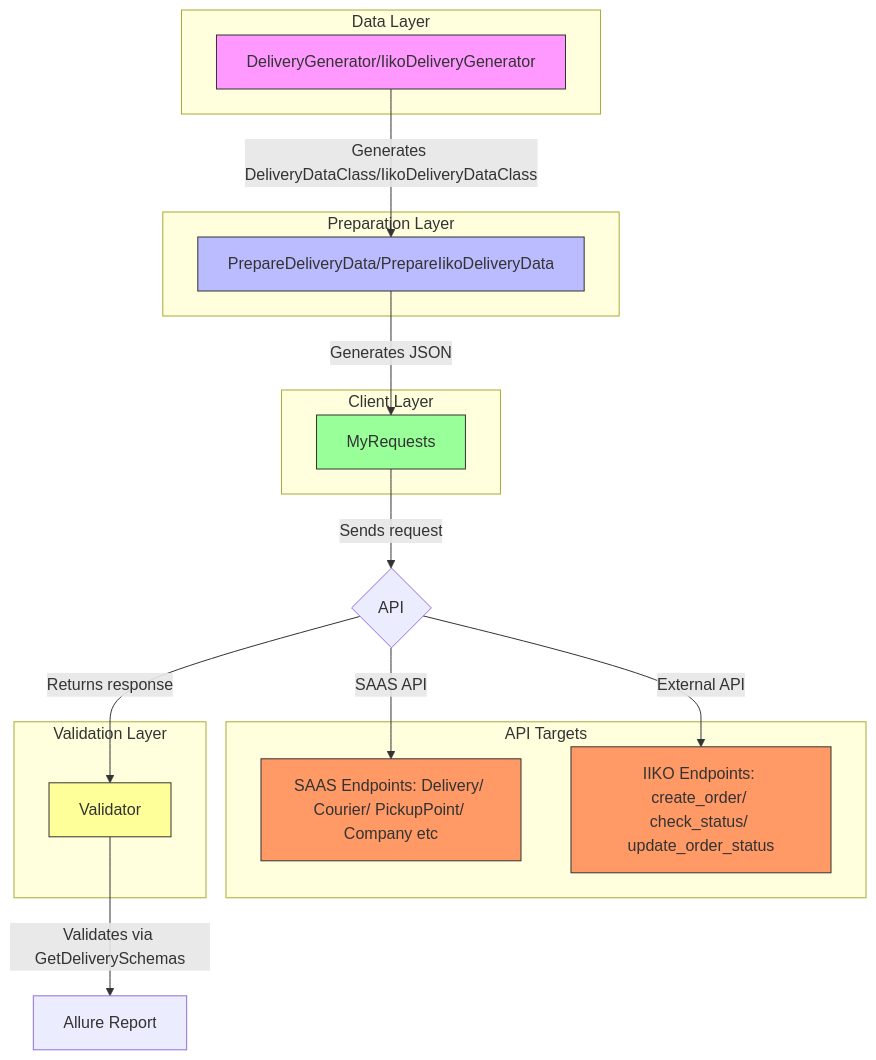
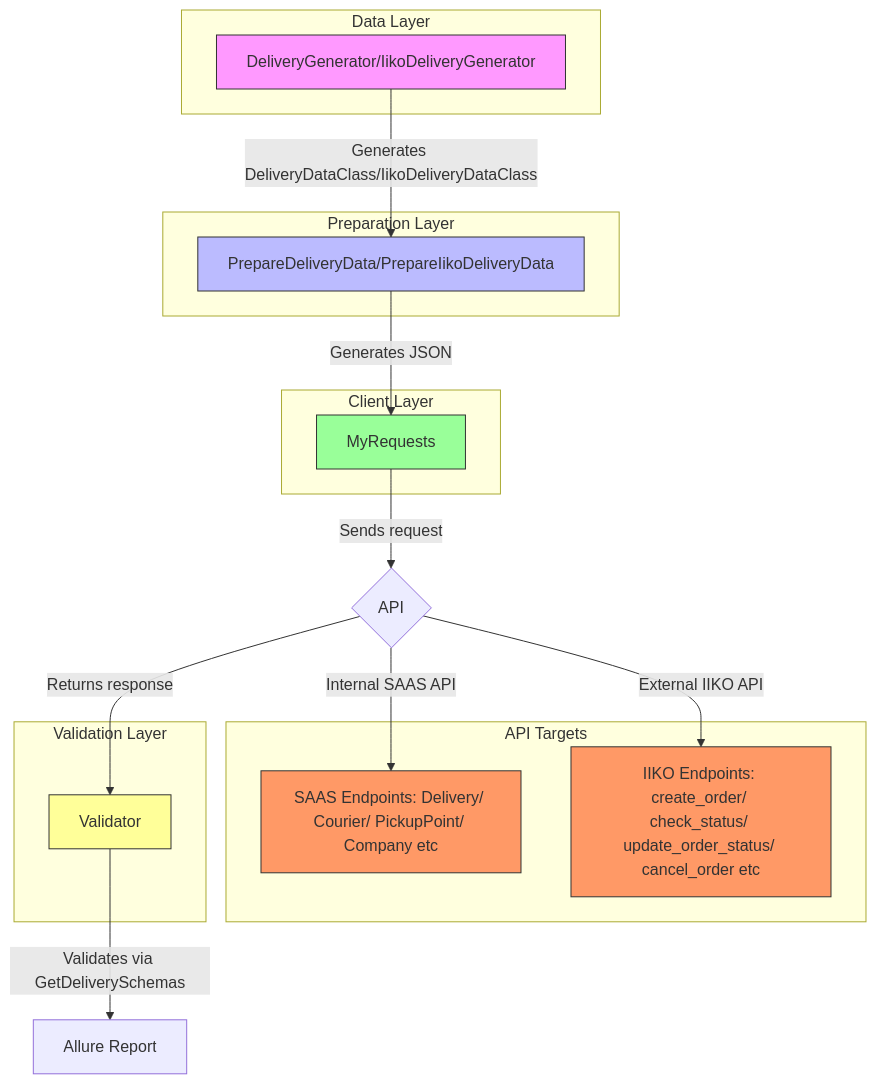
Before and after one commit to YuryHerasimau/courierica_testing: the diagram in README.MD, drawn with Mermaid. The commit also changed other lines of this file, not shown here.

Commit message:
CRCAIIKO-363 Вынес вызовы API, относящиеся к работе с заказами iiko, из тестов в отдельный IikoDeliveryService * Добавил тест заказа iiko * Добавил модуль с тестами для алгоритма regular dispatch

````diff
--- a/README.MD
+++ b/README.MD
@@ -19,37 +19,37 @@
 ```mermaid
 graph TD
     A[DeliveryGenerator/IikoDeliveryGenerator] -->|Generates DeliveryDataClass/IikoDeliveryDataClass| B[PrepareDeliveryData/PrepareIikoDeliveryData]
     B -->|Generates JSON| C[MyRequests]
     C -->|Sends request| D{API}
-    D -->|SAAS API| E[SAAS Endpoints: Delivery/ Courier/ PickupPoint/ Company etc]
-    D -->|External API| F[IIKO Endpoints: create_order/ check_status/ update_order_status]
+    D -->|Internal SAAS API| E[SAAS Endpoints: Delivery/ Courier/ PickupPoint/ Company etc]
+    D -->|External IIKO API| F[IIKO Endpoints: create_order/ check_status/ update_order_status/ cancel_order etc]
     D -->|Returns response| G[Validator]
     G -->|Validates via GetDeliverySchemas| H[Allure Report]
     
     subgraph Data Layer
     A
     style A fill:#f9f,stroke:#333
     end
     
     subgraph Preparation Layer
     B
     style B fill:#bbf,stroke:#333
     end
     
     subgraph Client Layer
     C
     style C fill:#9f9,stroke:#333
     end
     
     subgraph API Targets
     E
     F
     style E fill:#f96,stroke:#333
     style F fill:#f96,stroke:#333
     end
     
     subgraph Validation Layer
     G
     style G fill:#ff9,stroke:#333
     end
 ```
````
